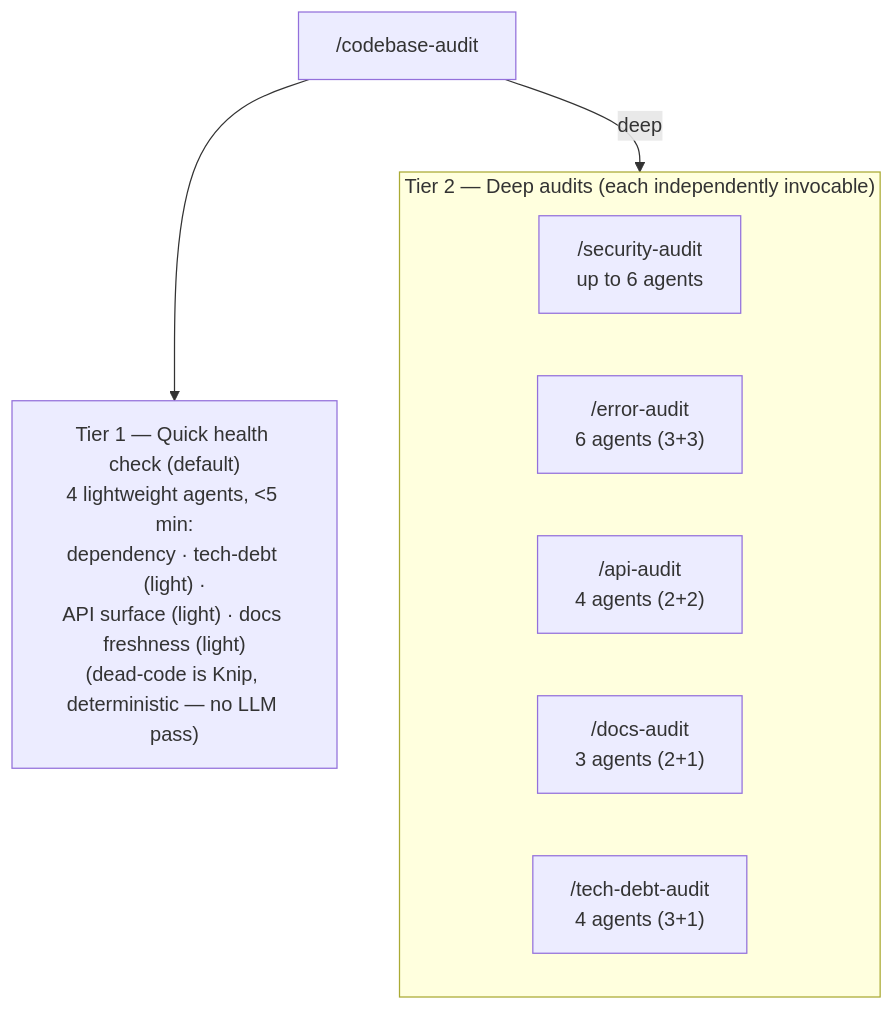
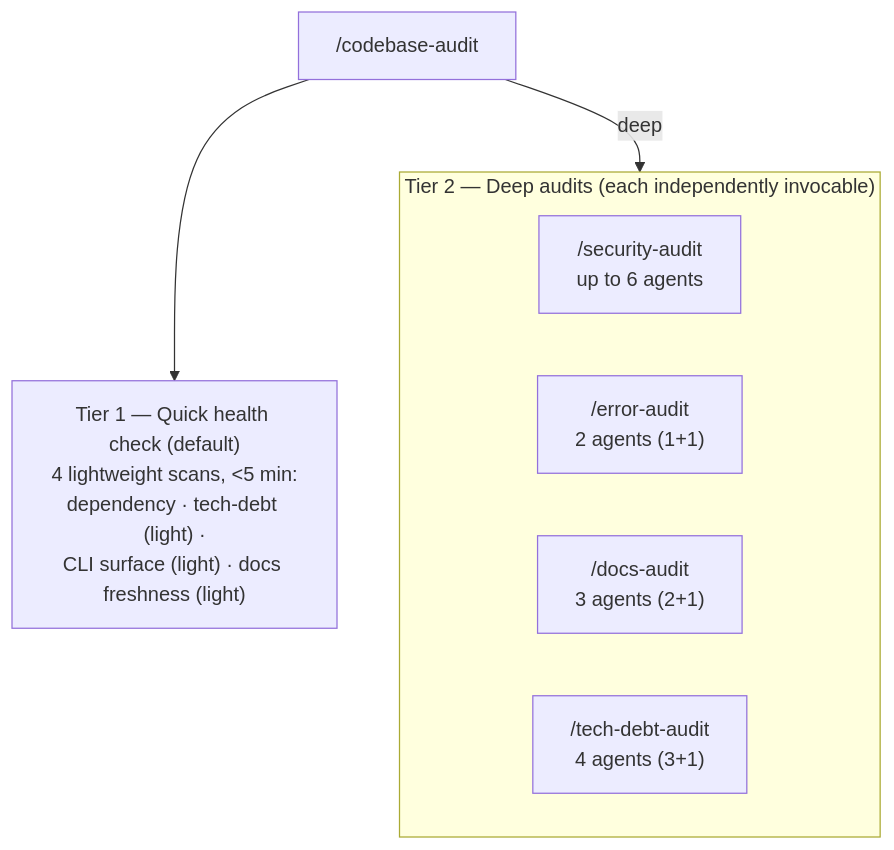
Before and after one commit to nodera-studio/glen: the first of 2 diagrams in .claude/agents/codebase/README.md, drawn with Mermaid. The commit also changed other lines of this file and 88 other files, not shown here.

````diff
--- a/.claude/agents/codebase/README.md
+++ b/.claude/agents/codebase/README.md
@@ -5,14 +5,13 @@
 ```mermaid
 flowchart TD
-    CMD["/codebase-audit"] --> T1["Tier 1 — Quick health check (default)<br/>4 lightweight agents, &lt;5 min:<br/>dependency · tech-debt (light) ·<br/>API surface (light) · docs freshness (light)<br/>(dead-code is Knip, deterministic — no LLM pass)"]
+    CMD["/codebase-audit"] --> T1["Tier 1 — Quick health check (default)<br/>4 lightweight scans, &lt;5 min:<br/>dependency · tech-debt (light) ·<br/>CLI surface (light) · docs freshness (light)"]
     CMD -->|"deep"| T2
 
     subgraph T2["Tier 2 — Deep audits (each independently invocable)"]
         direction LR
         SEC["/security-audit<br/>up to 6 agents"]
-        ERR["/error-audit<br/>6 agents (3+3)"]
-        API["/api-audit<br/>4 agents (2+2)"]
+        ERR["/error-audit<br/>2 agents (1+1)"]
         DOC["/docs-audit<br/>3 agents (2+1)"]
         DEBT["/tech-debt-audit<br/>4 agents (3+1)"]
     end
 ```
````
